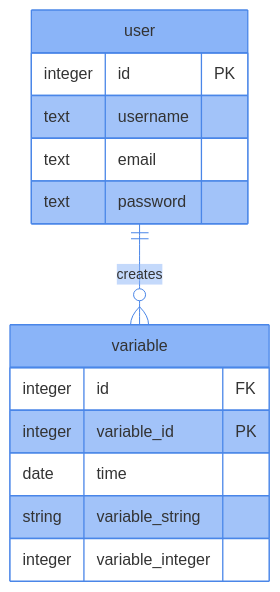
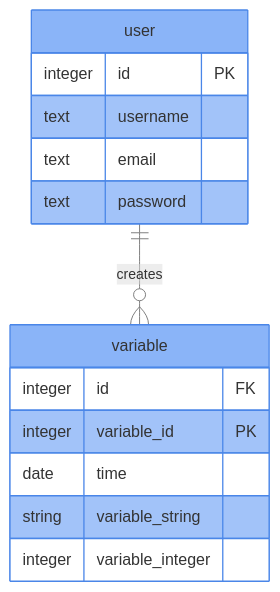
The diagram in _posts/2022-11-15-flask.md (mathbike/mathbike.github.io), drawn with Mermaid before and after one commit. The commit also changed 1 other file, not shown here.

````diff
--- a/_posts/2022-11-15-flask.md
+++ b/_posts/2022-11-15-flask.md
@@ -73,24 +73,24 @@
 ```mermaid
 %%{init: {'theme': 'base', 'themeVariables': { 
     'textColor': 'black', 
     'primaryColor': '#8ab4f8',
     'primaryBorderColor':'#4a86e8', 
-    'tertiaryColor': '#8ab4f8', 
-    'lineColor': '#4a86e8'
+    'tertiaryColor': 'gainsboro',
+    'lineColor': 'grey'
     }}}%%
 erDiagram
     user ||--o{ variable : creates
     user {
         integer id PK
         text username
         text email
         text password
     }
     variable {
         integer id FK
         integer variable_id PK
         date time
         string variable_string
         integer variable_integer
     }
 ```
````
